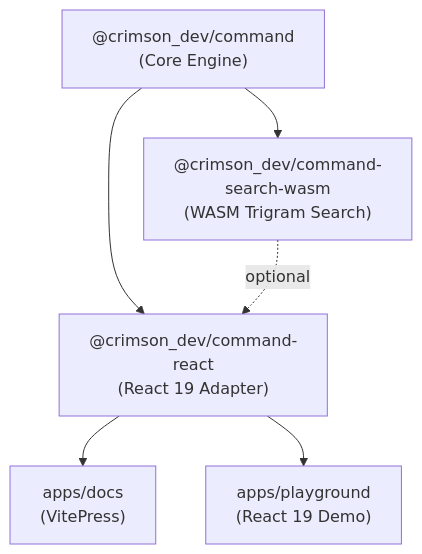
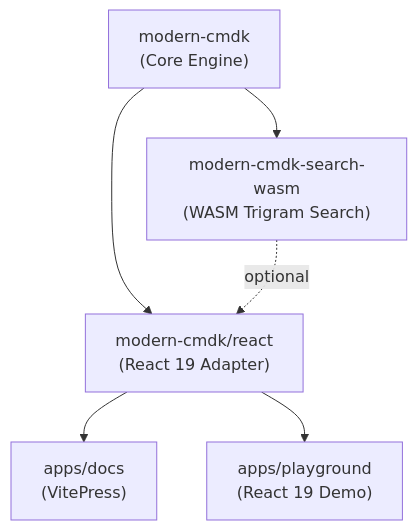
One commit to ABCrimson/modern-cmdk changed the first of 5 diagrams in apps/docs/guide/architecture.md. Above: the diagram before and after it, drawn with Mermaid. The commit also changed other lines of this file and 191 other files, not shown here.

First line of the commit message:
feat!: consolidate packages into single `modern-cmdk` npm package

````diff
--- a/apps/docs/guide/architecture.md
+++ b/apps/docs/guide/architecture.md
@@ -12,8 +12,8 @@
 ```mermaid
 graph TD
-    A["@crimson_dev/command<br/>(Core Engine)"] --> B["@crimson_dev/command-react<br/>(React 19 Adapter)"]
-    A --> C["@crimson_dev/command-search-wasm<br/>(WASM Trigram Search)"]
+    A["modern-cmdk<br/>(Core Engine)"] --> B["modern-cmdk/react<br/>(React 19 Adapter)"]
+    A --> C["modern-cmdk-search-wasm<br/>(WASM Trigram Search)"]
     B --> D["apps/docs<br/>(VitePress)"]
     B --> E["apps/playground<br/>(React 19 Demo)"]
     C -.->|optional| B
 ```
````
